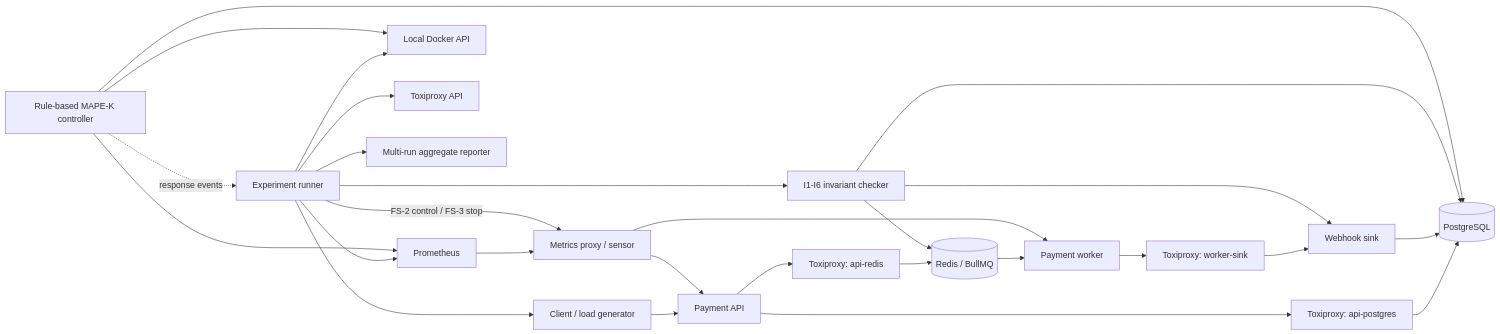
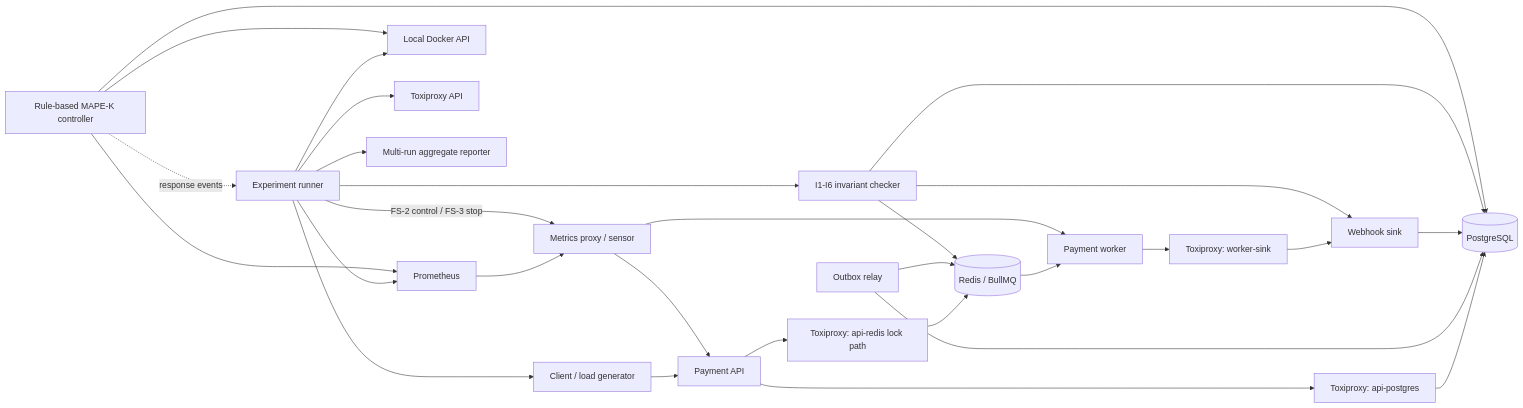
Before and after one commit to rahulgope45/Chaos-Harness: the diagram in docs/handover/00-project-introduction.md, drawn with Mermaid. The commit also changed other lines of this file and 45 other files, not shown here.

````diff
--- a/docs/handover/00-project-introduction.md
+++ b/docs/handover/00-project-introduction.md
@@ -37,31 +37,33 @@
 ```mermaid
 flowchart LR
   Client[Client / load generator] --> API[Payment API]
   API --> PgProxy[Toxiproxy: api-postgres]
   PgProxy --> PG[(PostgreSQL)]
-  API --> RedisProxy[Toxiproxy: api-redis]
+  API --> RedisProxy[Toxiproxy: api-redis lock path]
   RedisProxy --> Redis[(Redis / BullMQ)]
+  Relay[Outbox relay] --> PG
+  Relay --> Redis
   Redis --> Worker[Payment worker]
   Worker --> SinkProxy[Toxiproxy: worker-sink]
   SinkProxy --> Sink[Webhook sink]
   Sink --> PG
 
   Prom[Prometheus] --> Sensor[Metrics proxy / sensor]
   Sensor --> API
   Sensor --> Worker
   Runner[Experiment runner] --> Client
   Runner --> Prom
   Runner --> Docker[Local Docker API]
   Runner --> ToxiAPI[Toxiproxy API]
   Runner -->|FS-2 control / FS-3 stop| Sensor
   Runner --> Checks[I1-I6 invariant checker]
   Runner --> Matrix[Multi-run aggregate reporter]
   Checks --> PG
   Checks --> Redis
   Checks --> Sink
 
   Controller[Rule-based MAPE-K controller] --> Docker
   Controller --> Prom
   Controller --> PG
   Controller -. response events .-> Runner
 ```
````
